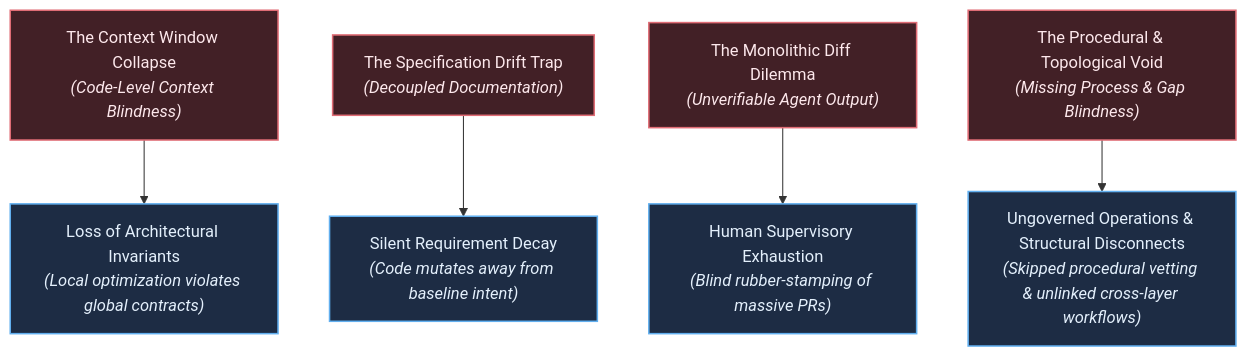
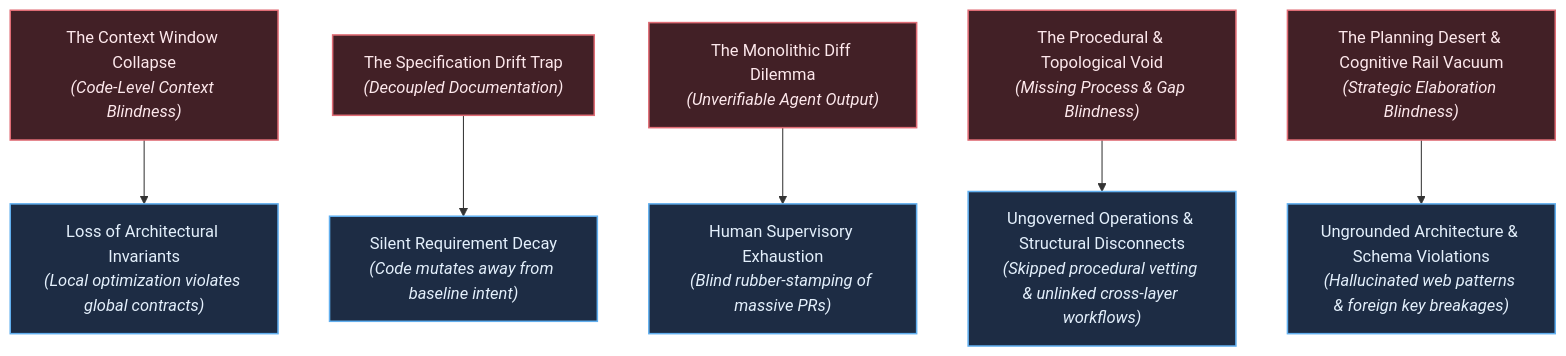
One commit to Shapedsundew9/tks changed the first of 4 diagrams in docs/vision/vision.md. Above: the diagram before and after it, drawn with Mermaid. The commit also changed other lines of this file and 11 other files, not shown here.

````diff
--- a/docs/vision/vision.md
+++ b/docs/vision/vision.md
@@ -9,48 +9,51 @@
 ```mermaid
 %%{init: {
   'theme': 'base',
   'themeVariables': {
     'darkMode': true,
     'background': '#161922',
     'mainBkg': '#1e2230',
     'nodeBorder': '#434c5e',
     'textColor': '#e2e8f0',
     'fontFamily': 'ui-sans-serif, system-ui, -apple-system, BlinkMacSystemFont, "Segoe UI", Roboto, "Helvetica Neue", Arial, sans-serif',
     'fontSize': '14px',
     'lineColor': '#8892b0',
     'primaryColor': '#422026',
     'primaryTextColor': '#fde8ec',
     'primaryBorderColor': '#e06c75',
     'secondaryColor': '#1b3528',
     'secondaryTextColor': '#e6f7ee',
     'secondaryBorderColor': '#73c991',
     'tertiaryColor': '#1d2c44',
     'tertiaryTextColor': '#e4f0fc',
     'tertiaryBorderColor': '#61afef',
     'clusterBkg': '#13161f',
     'clusterBorder': '#373e51',
     'noteBkgColor': '#2e271a',
     'noteTextColor': '#fdf4db',
     'noteBorderColor': '#e5c07b',
     'edgeLabelBackground': '#1a1d27'
   }
 }}%%
 flowchart TD
     classDef primary fill:#422026,stroke:#e06c75,stroke-width:1.5px,color:#fde8ec;
     classDef tertiary fill:#1d2c44,stroke:#61afef,stroke-width:1.5px,color:#e4f0fc;
 
     F1["The Context Window Collapse<br/><i>(Code-Level Context Blindness)</i>"]:::primary
     F2["The Specification Drift Trap<br/><i>(Decoupled Documentation)</i>"]:::primary
     F3["The Monolithic Diff Dilemma<br/><i>(Unverifiable Agent Output)</i>"]:::primary
     F4["The Procedural & Topological Void<br/><i>(Missing Process & Gap Blindness)</i>"]:::primary
+    F5["The Planning Desert & Cognitive Rail Vacuum<br/><i>(Strategic Elaboration Blindness)</i>"]:::primary
 
     C1["Loss of Architectural Invariants<br/><i>(Local optimization violates global contracts)</i>"]:::tertiary
     C2["Silent Requirement Decay<br/><i>(Code mutates away from baseline intent)</i>"]:::tertiary
     C3["Human Supervisory Exhaustion<br/><i>(Blind rubber-stamping of massive PRs)</i>"]:::tertiary
     C4["Ungoverned Operations & Structural Disconnects<br/><i>(Skipped procedural vetting & unlinked cross-layer workflows)</i>"]:::tertiary
+    C5["Ungrounded Architecture & Schema Violations<br/><i>(Hallucinated web patterns & foreign key breakages)</i>"]:::tertiary
 
     F1 --> C1
     F2 --> C2
     F3 --> C3
     F4 --> C4
+    F5 --> C5
 ```
````
